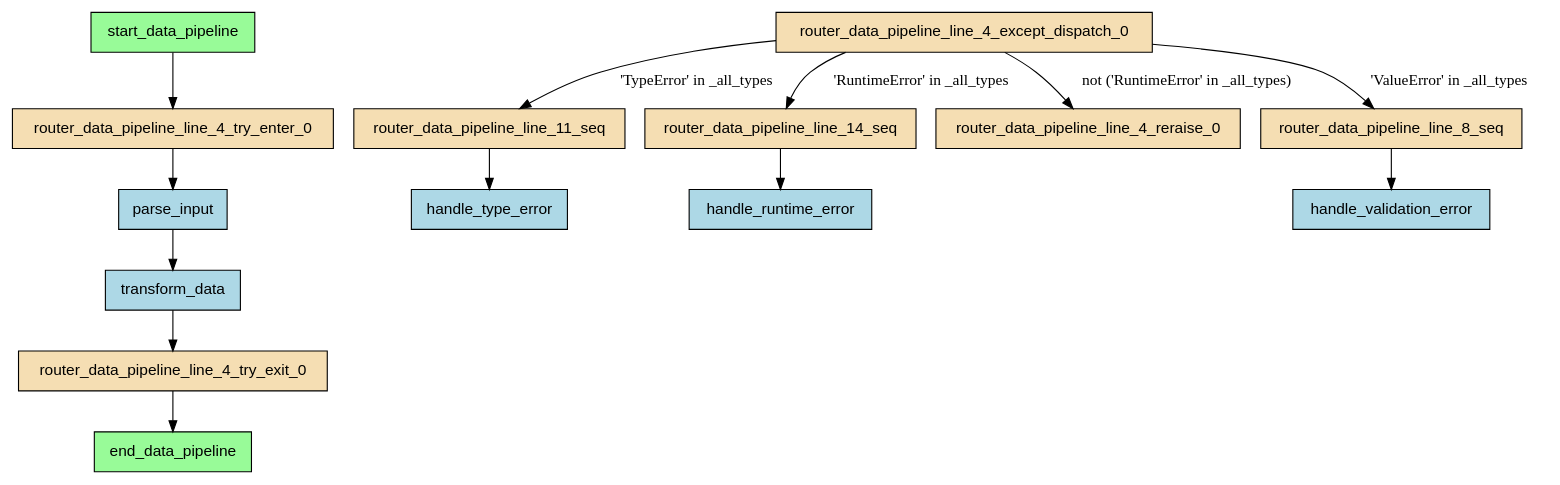
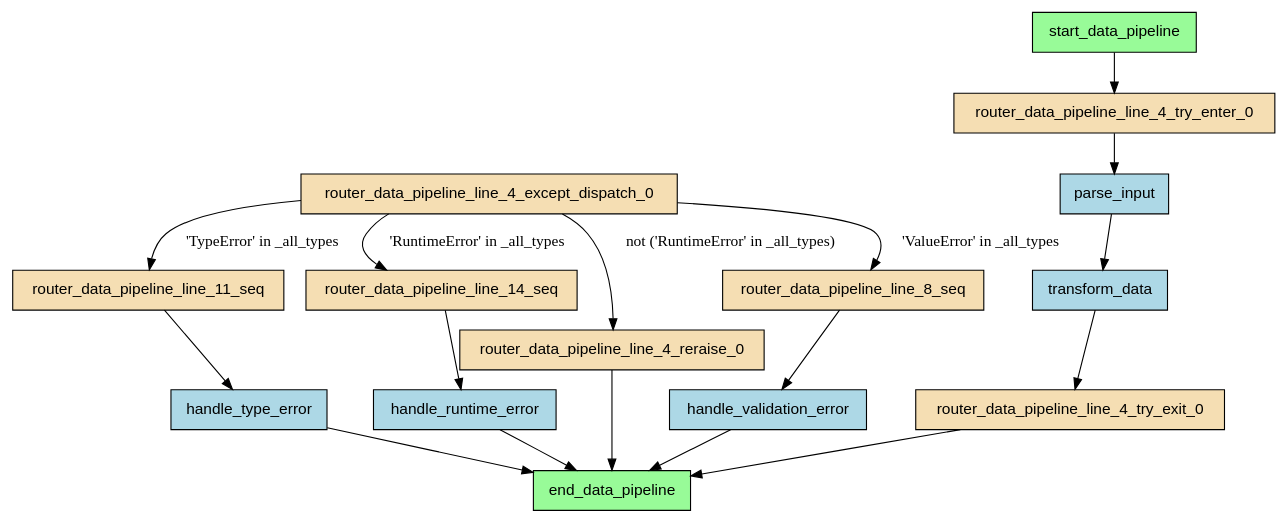
Before and after one commit to deliveryhero/asya: the diagram in examples/flows/compiled/try_except_multiple_handlers/flow.dot, drawn with Graphviz. The commit also changed 142 other files, not shown here.

```diff
--- a/examples/flows/compiled/try_except_multiple_handlers/flow.dot
+++ b/examples/flows/compiled/try_except_multiple_handlers/flow.dot
@@ -1,32 +1,36 @@
-digraph "try_except_multiple_handlers" {
+digraph "data_pipeline" {
     rankdir=TB;
     node [shape=box, style=filled, fontname="Helvetica"];
 
     end_data_pipeline [label="end_data_pipeline", fillcolor=palegreen];
     handle_runtime_error [label="handle_runtime_error", fillcolor=lightblue];
     handle_type_error [label="handle_type_error", fillcolor=lightblue];
     handle_validation_error [label="handle_validation_error", fillcolor=lightblue];
     parse_input [label="parse_input", fillcolor=lightblue];
     router_data_pipeline_line_11_seq [label="router_data_pipeline_line_11_seq", fillcolor=wheat];
     router_data_pipeline_line_14_seq [label="router_data_pipeline_line_14_seq", fillcolor=wheat];
     router_data_pipeline_line_4_except_dispatch_0 [label="router_data_pipeline_line_4_except_dispatch_0", fillcolor=wheat];
     router_data_pipeline_line_4_reraise_0 [label="router_data_pipeline_line_4_reraise_0", fillcolor=wheat];
     router_data_pipeline_line_4_try_enter_0 [label="router_data_pipeline_line_4_try_enter_0", fillcolor=wheat];
     router_data_pipeline_line_4_try_exit_0 [label="router_data_pipeline_line_4_try_exit_0", fillcolor=wheat];
     router_data_pipeline_line_8_seq [label="router_data_pipeline_line_8_seq", fillcolor=wheat];
     start_data_pipeline [label="start_data_pipeline", fillcolor=palegreen];
     transform_data [label="transform_data", fillcolor=lightblue];
 
     start_data_pipeline -> router_data_pipeline_line_4_try_enter_0;
     router_data_pipeline_line_8_seq -> handle_validation_error;
     router_data_pipeline_line_11_seq -> handle_type_error;
     router_data_pipeline_line_14_seq -> handle_runtime_error;
     router_data_pipeline_line_4_try_enter_0 -> parse_input;
     parse_input -> transform_data;
     transform_data -> router_data_pipeline_line_4_try_exit_0;
     router_data_pipeline_line_4_except_dispatch_0 -> router_data_pipeline_line_8_seq [label="'ValueError' in _all_types"];
     router_data_pipeline_line_4_except_dispatch_0 -> router_data_pipeline_line_11_seq [label="'TypeError' in _all_types"];
     router_data_pipeline_line_4_except_dispatch_0 -> router_data_pipeline_line_14_seq [label="'RuntimeError' in _all_types"];
     router_data_pipeline_line_4_except_dispatch_0 -> router_data_pipeline_line_4_reraise_0 [label="not ('RuntimeError' in _all_types)"];
+    handle_runtime_error -> end_data_pipeline;
+    handle_type_error -> end_data_pipeline;
+    handle_validation_error -> end_data_pipeline;
+    router_data_pipeline_line_4_reraise_0 -> end_data_pipeline;
     router_data_pipeline_line_4_try_exit_0 -> end_data_pipeline;
 }
```
